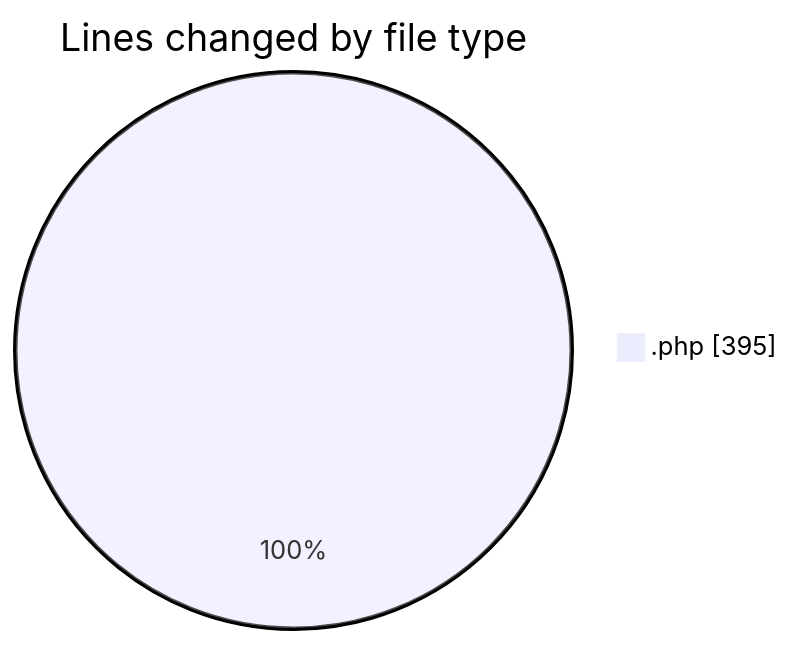
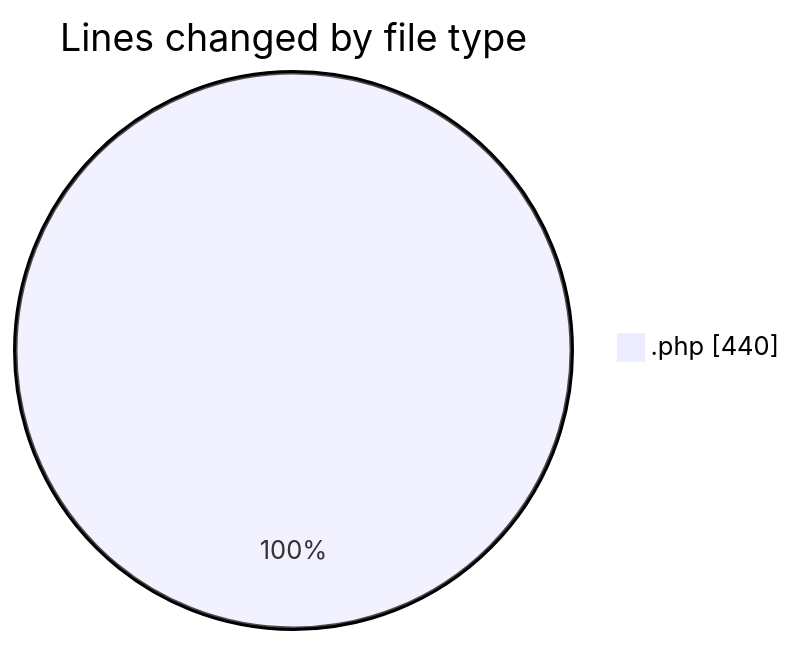
One commit to LanceThiago/code-tracking changed the first of 2 diagrams in 2025-07-02/web/README.md. Above: the diagram before and after it, drawn with Mermaid. The commit also changed other lines of this file and 1 other file, not shown here.

````diff
--- a/2025-07-02/web/README.md
+++ b/2025-07-02/web/README.md
@@ -20,5 +20,5 @@
 ```mermaid
 pie showData
 title Lines changed by file type
-".php" : 395
+".php" : 440
 ```
````
